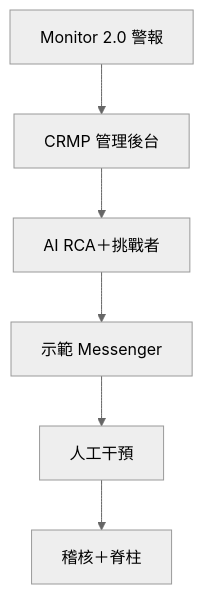
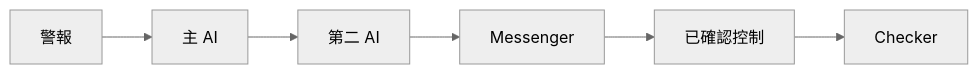
One commit to hxyan2020/PRD changed the second of 3 diagrams in platform/docs/USER_GUIDE.zh-Hant.md. Above: the diagram before and after it, drawn with Mermaid (neutral theme). The commit also changed other lines of this file and 6 other files, not shown here.

````diff
--- a/platform/docs/USER_GUIDE.zh-Hant.md
+++ b/platform/docs/USER_GUIDE.zh-Hant.md
@@ -229,8 +160,8 @@
 ```mermaid
-graph TD
-  Monitor[Monitor 2.0 警報] --> Desk[CRMP 管理後台]
-  Desk --> AI[AI RCA＋挑戰者]
-  AI --> Msg[示範 Messenger]
-  Msg --> Human[人工干預]
-  Human --> Audit[稽核＋脊柱]
+graph LR
+  Alarm[警報] --> RCA[主 AI]
+  RCA --> Second[第二 AI]
+  Second --> Chat[Messenger]
+  Chat --> Control[已確認控制]
+  Control --> Checker[Checker]
 ```
````
